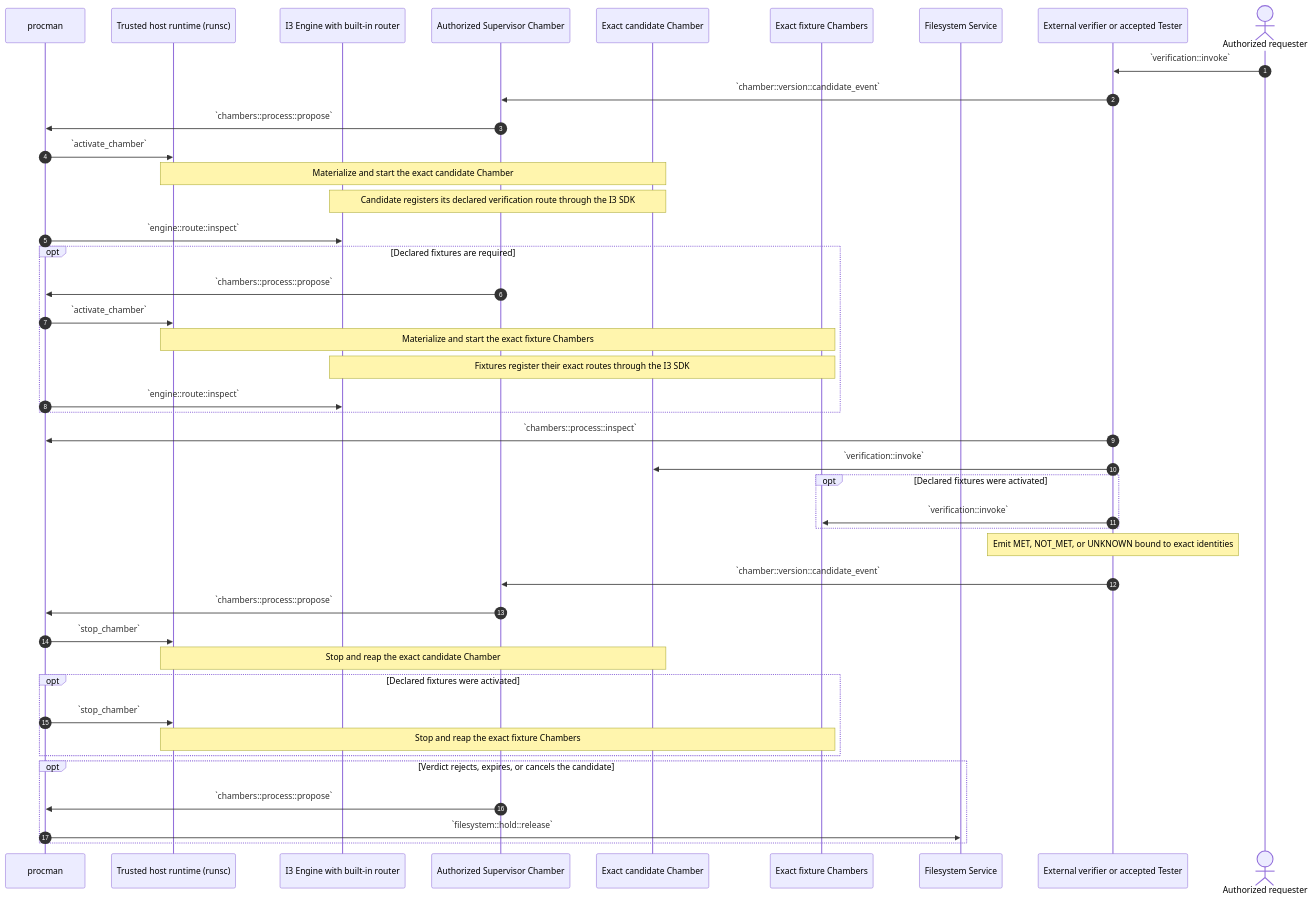
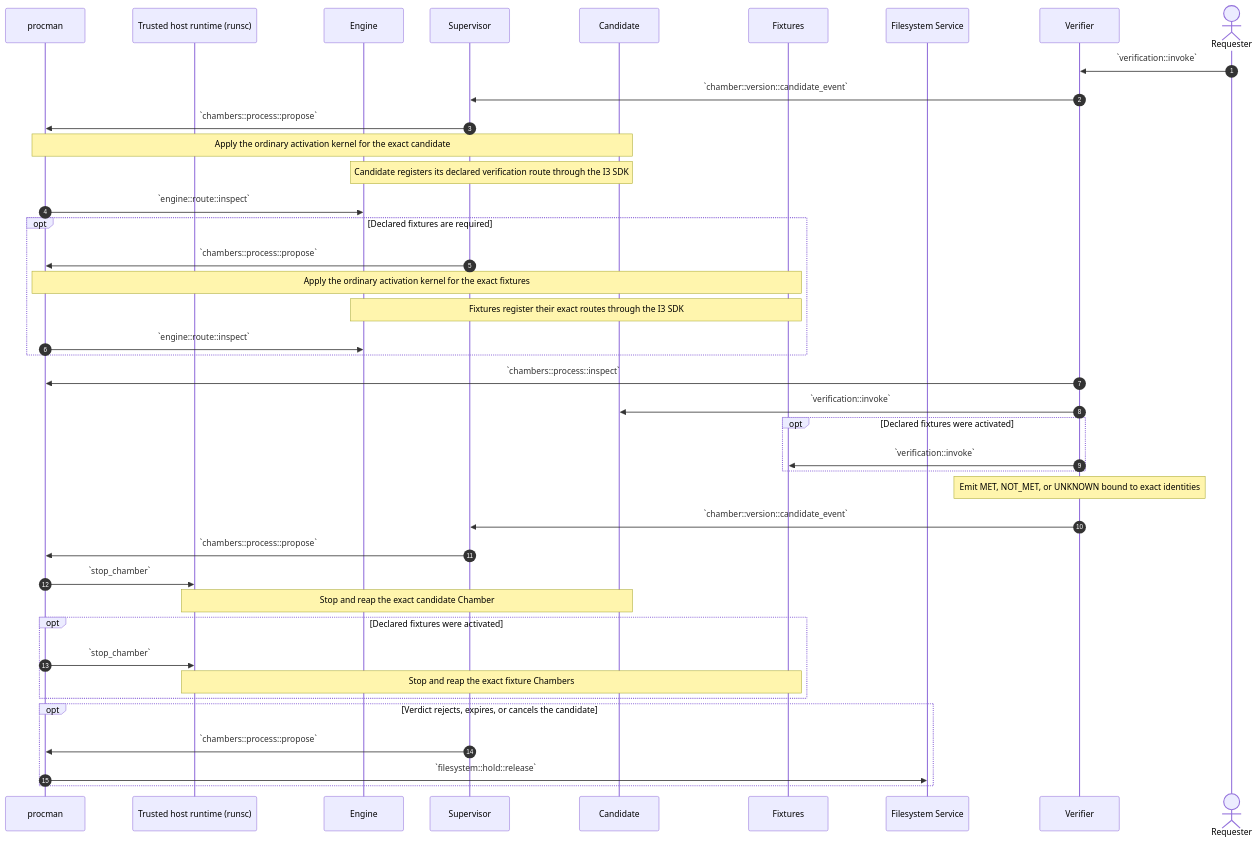
Before and after one commit to dreamcatcher-tech/chambers-lifecycle-explorer: the tenth of 12 diagrams in source/chambers-lifecycle-sequences.md, drawn with Mermaid. The commit also changed other lines of this file and 7 other files, not shown here.

````diff
--- a/source/chambers-lifecycle-sequences.md
+++ b/source/chambers-lifecycle-sequences.md
@@ -800,52 +939,50 @@
 ```mermaid
 sequenceDiagram
     autonumber
     participant procman
     participant Runtime as Trusted host runtime (runsc)
-    participant Engine as I3 Engine with built-in router
-    participant Supervisor as Authorized Supervisor Chamber
-    participant Candidate as Exact candidate Chamber
-    participant Fixtures as Exact fixture Chambers
+    participant Engine
+    participant Supervisor
+    participant Candidate
+    participant Fixtures
     participant Filesystem as Filesystem Service
-    participant Verifier as External verifier or accepted Tester
-    actor Requester as Authorized requester
+    participant Verifier
+    actor Requester
 
     Requester->>Verifier: `verification::invoke`
     Verifier->>Supervisor: `chamber::version::candidate_event`
     Supervisor->>procman: `chambers::process::propose`
-    procman->>Runtime: `activate_chamber`
-    Note over Runtime,Candidate: Materialize and start the exact candidate Chamber
+    Note over procman,Candidate: Apply the ordinary activation kernel for the exact candidate
     Note over Candidate,Engine: Candidate registers its declared verification route through the I3 SDK
     procman->>Engine: `engine::route::inspect`
 
     opt Declared fixtures are required
         Supervisor->>procman: `chambers::process::propose`
-        procman->>Runtime: `activate_chamber`
-        Note over Runtime,Fixtures: Materialize and start the exact fixture Chambers
+        Note over procman,Fixtures: Apply the ordinary activation kernel for the exact fixtures
         Note over Fixtures,Engine: Fixtures register their exact routes through the I3 SDK
         procman->>Engine: `engine::route::inspect`
     end
 
     Verifier->>procman: `chambers::process::inspect`
 
     Verifier->>Candidate: `verification::invoke`
     opt Declared fixtures were activated
         Verifier->>Fixtures: `verification::invoke`
     end
     Note over Verifier: Emit MET, NOT_MET, or UNKNOWN bound to exact identities
     Verifier->>Supervisor: `chamber::version::candidate_event`
 
     Supervisor->>procman: `chambers::process::propose`
     procman->>Runtime: `stop_chamber`
     Note over Runtime,Candidate: Stop and reap the exact candidate Chamber
     opt Declared fixtures were activated
         procman->>Runtime: `stop_chamber`
         Note over Runtime,Fixtures: Stop and reap the exact fixture Chambers
     end
 
     opt Verdict rejects, expires, or cancels the candidate
         Supervisor->>procman: `chambers::process::propose`
         procman->>Filesystem: `filesystem::hold::release`
     end
 
 ```
````
